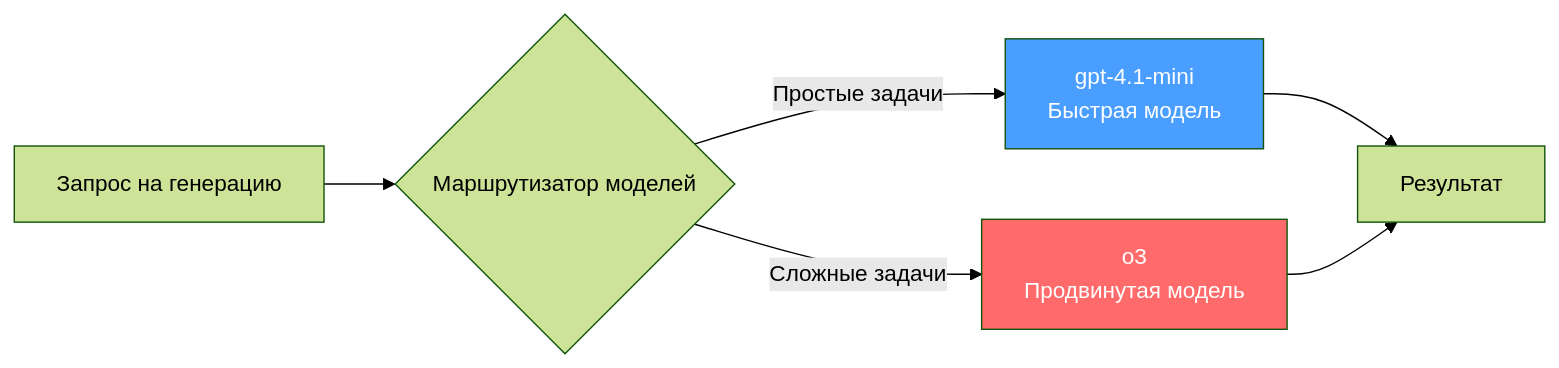
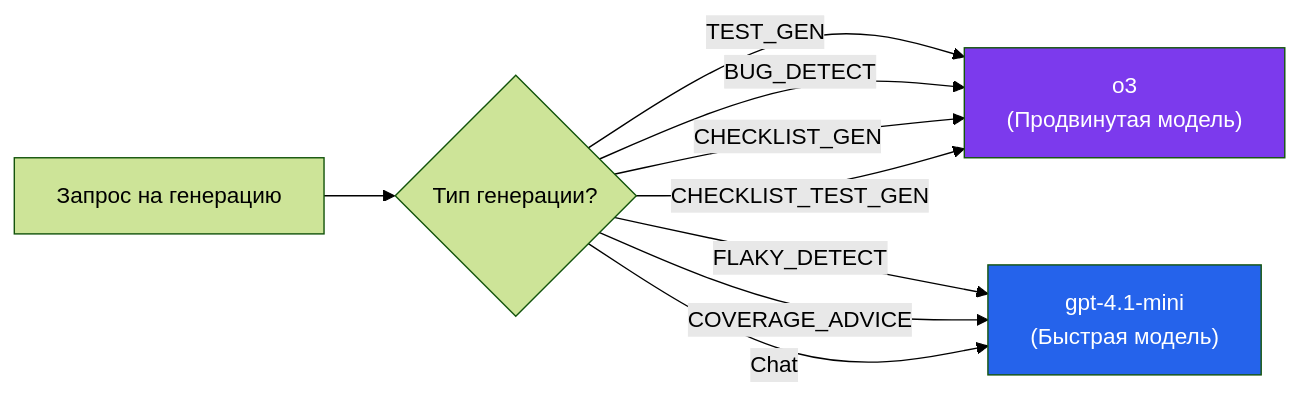
One commit to micode-ai/testing-ai-assistant changed the seventh of 7 diagrams in docs/ru/services/ai.md. Above: the diagram before and after it, drawn with Mermaid (forest theme). The commit also changed other lines of this file and 43 other files, not shown here.

````diff
--- a/docs/ru/services/ai.md
+++ b/docs/ru/services/ai.md
@@ -177,13 +314,14 @@
 ```mermaid
 flowchart LR
-    REQ[Запрос на генерацию] --> ROUTER{Маршрутизатор моделей}
+    Request["Запрос на генерацию"] --> Router{"Тип генерации?"}
+    Router -- "TEST_GEN" --> Advanced["o3<br/>(Продвинутая модель)"]
+    Router -- "BUG_DETECT" --> Advanced
+    Router -- "FLAKY_DETECT" --> Fast["gpt-4.1-mini<br/>(Быстрая модель)"]
+    Router -- "COVERAGE_ADVICE" --> Fast
+    Router -- "CHECKLIST_GEN" --> Advanced
+    Router -- "CHECKLIST_TEST_GEN" --> Advanced
+    Router -- "Chat" --> Fast
 
-    ROUTER -->|Простые задачи| FAST[gpt-4.1-mini<br/>Быстрая модель]
-    ROUTER -->|Сложные задачи| ADV[o3<br/>Продвинутая модель]
-
-    FAST --> RES[Результат]
-    ADV --> RES
-
-    style FAST fill:#4a9eff,color:#fff
-    style ADV fill:#ff6b6b,color:#fff
+    style Advanced fill:#7c3aed,color:#fff
+    style Fast fill:#2563eb,color:#fff
 ```
````
